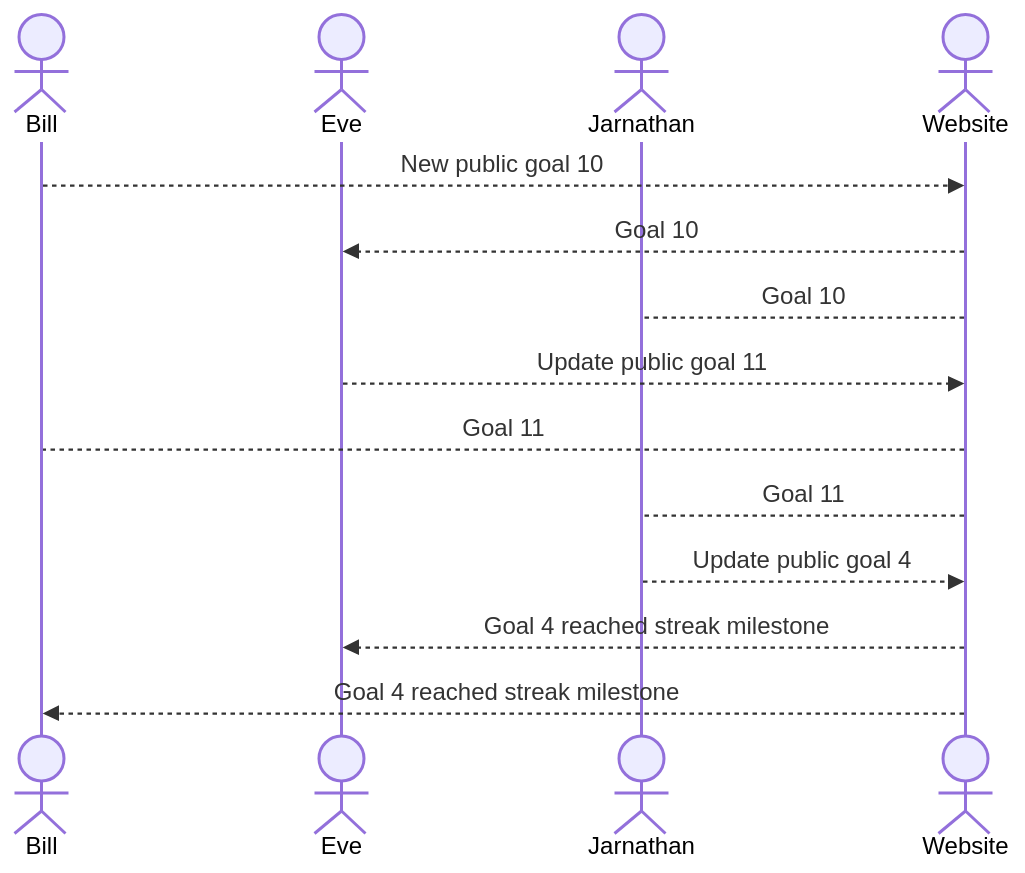
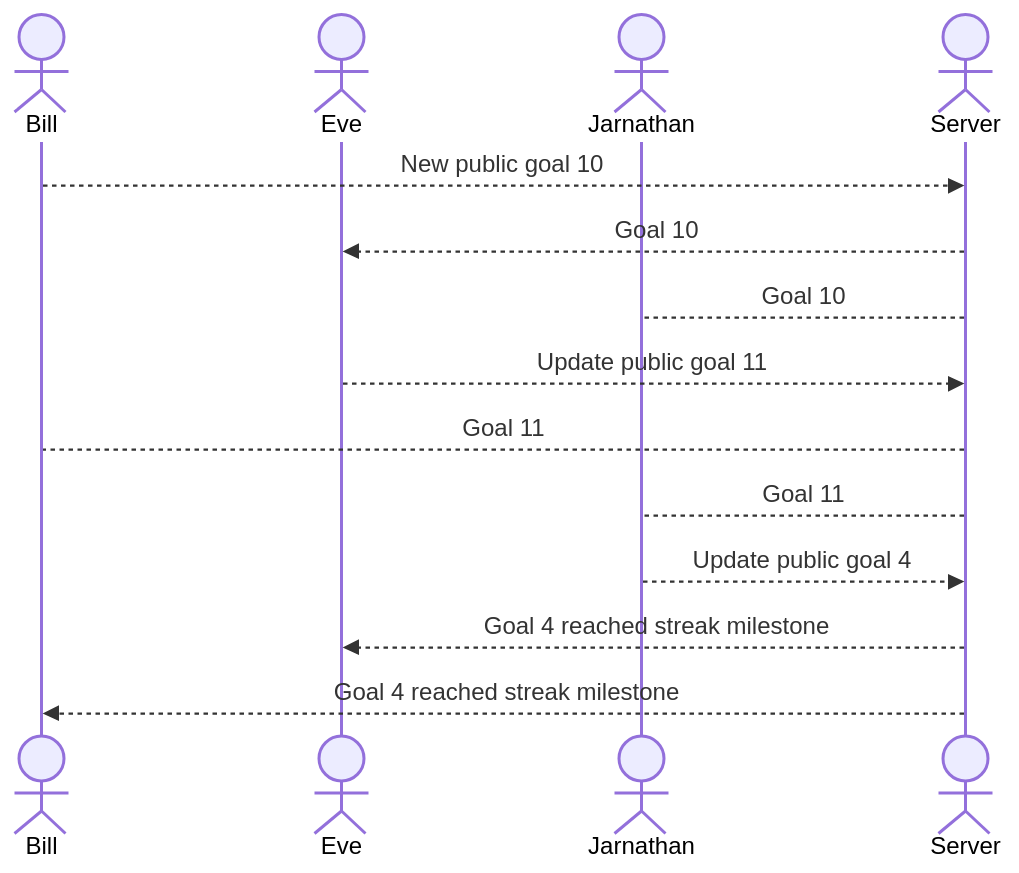
Before and after one commit to lingbend/startup: the second of 2 diagrams in README.md, drawn with Mermaid. The commit also changed other lines of this file and 2 other files, not shown here.

````diff
--- a/README.md
+++ b/README.md
@@ -57,16 +61,16 @@
 ```mermaid
 sequenceDiagram
     actor Bill
     actor Eve
     actor Jarnathan
-    actor Website
-    Bill-->>Website: New public goal 10
-    Website-->>Eve: Goal 10
-    Website-->Jarnathan: Goal 10
-    Eve-->>Website: Update public goal 11
-    Website-->Bill: Goal 11
-    Website-->Jarnathan: Goal 11
-    Jarnathan-->>Website: Update public goal 4
-    Website-->>Eve: Goal 4 reached streak milestone
-    Website-->>Bill: Goal 4 reached streak milestone
+    actor Server
+    Bill-->>Server: New public goal 10
+    Server-->>Eve: Goal 10
+    Server-->Jarnathan: Goal 10
+    Eve-->>Server: Update public goal 11
+    Server-->Bill: Goal 11
+    Server-->Jarnathan: Goal 11
+    Jarnathan-->>Server: Update public goal 4
+    Server-->>Eve: Goal 4 reached streak milestone
+    Server-->>Bill: Goal 4 reached streak milestone
 ```
````
